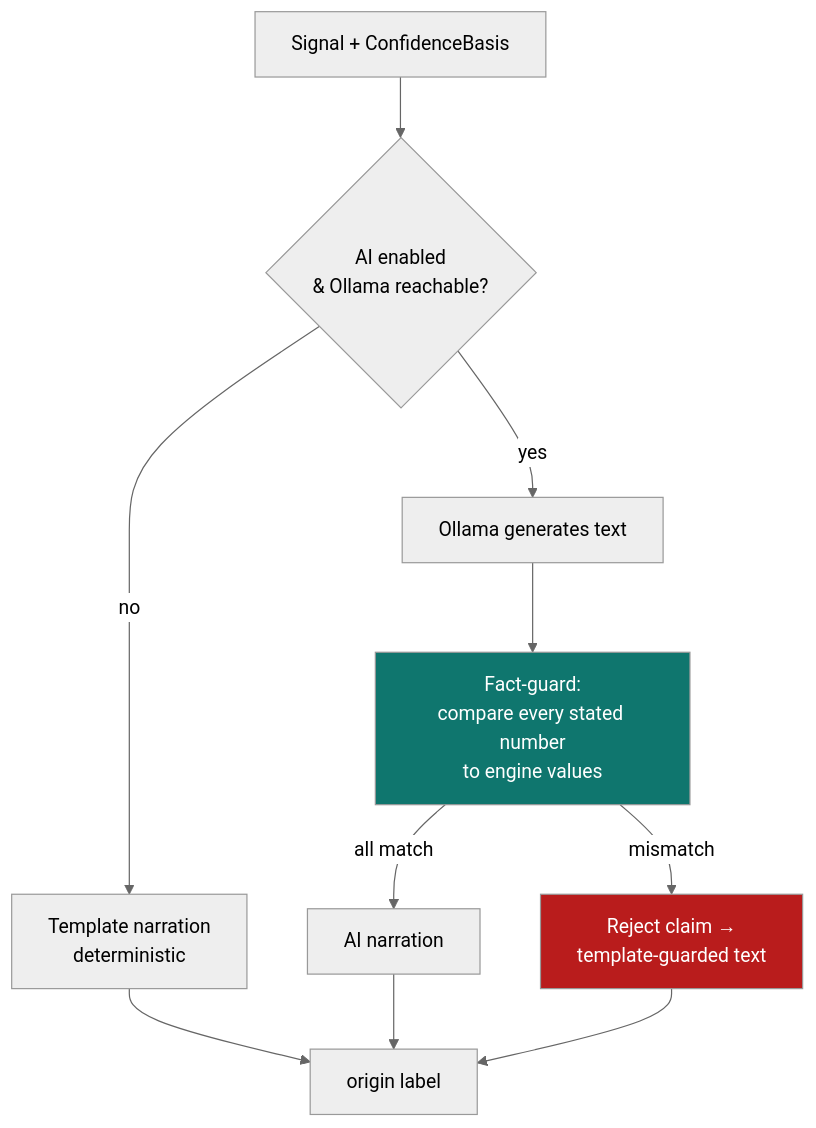
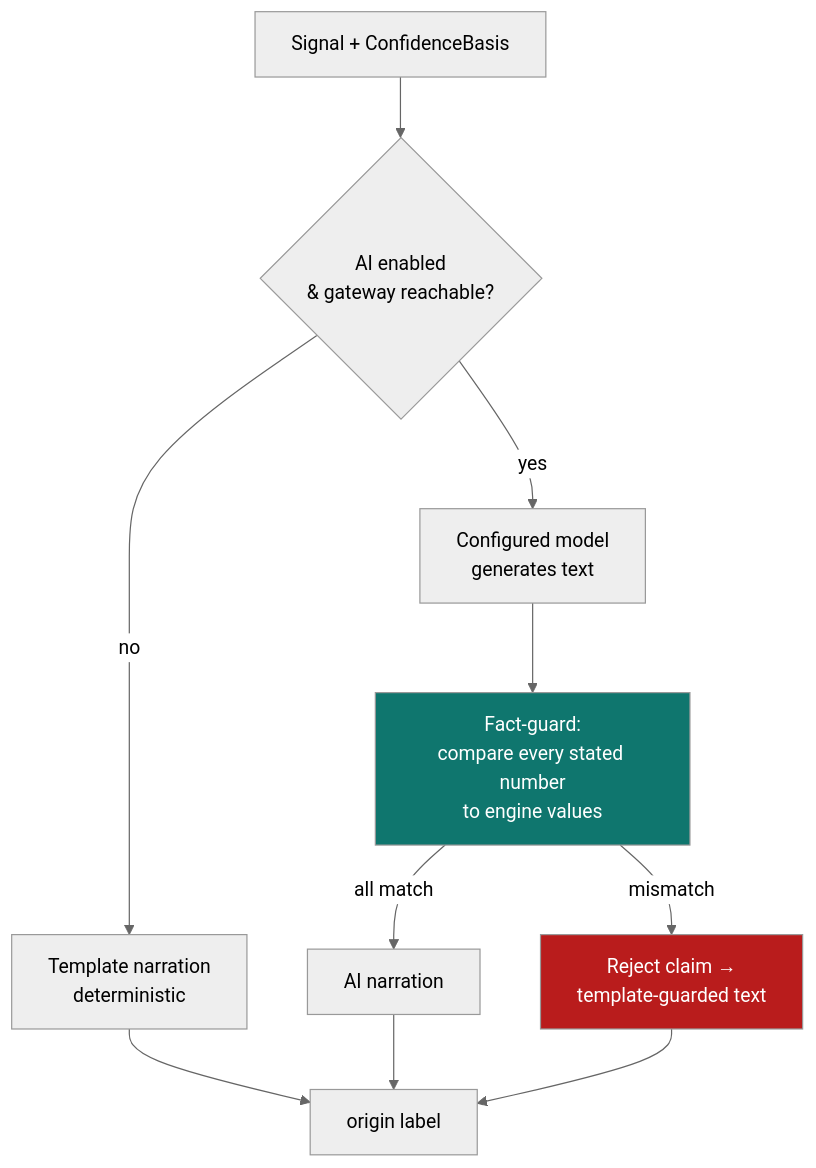
The diagram in docs/technical/05-ai-narration.md (quantglass-labs/quantglass), drawn with Mermaid (neutral theme) before and after one commit. The commit also changed other lines of this file and 31 other files, not shown here.

````diff
--- a/docs/technical/05-ai-narration.md
+++ b/docs/technical/05-ai-narration.md
@@ -13,14 +15,14 @@
 ```mermaid
 flowchart TB
-    A[Signal + ConfidenceBasis] --> B{AI enabled<br/>& Ollama reachable?}
+    A[Signal + ConfidenceBasis] --> B{AI enabled<br/>& gateway reachable?}
     B -->|no| T[Template narration<br/>deterministic]
-    B -->|yes| L[Ollama generates text]
+    B -->|yes| L[Configured model<br/>generates text]
     L --> G[Fact-guard:<br/>compare every stated number<br/>to engine values]
     G -->|all match| OUT[AI narration]
     G -->|mismatch| R[Reject claim →<br/>template-guarded text]
     T --> LABEL[origin label]
     OUT --> LABEL
     R --> LABEL
     style G fill:#0f766e,color:#fff
     style R fill:#b91c1c,color:#fff
 ```
````
